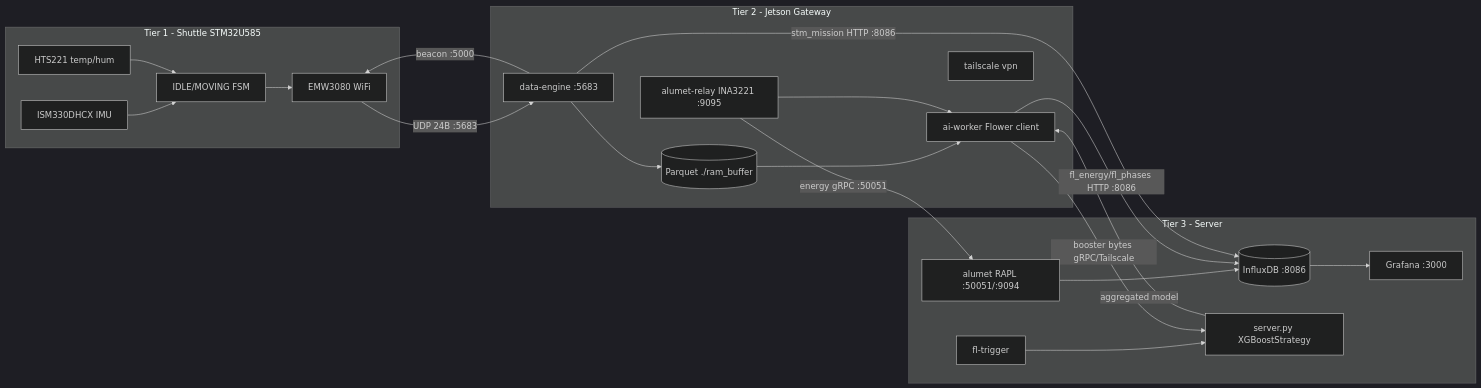
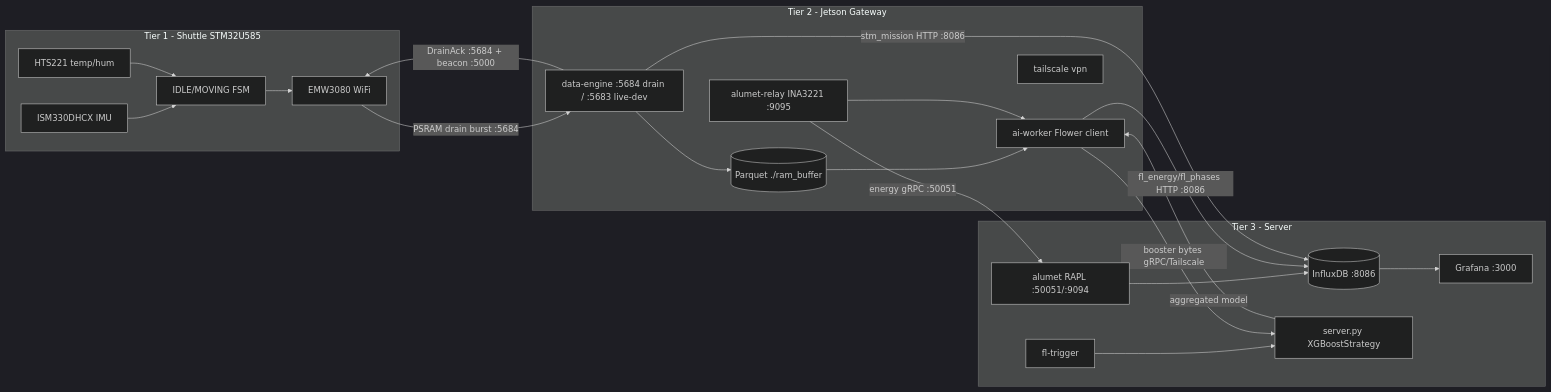
One commit to GentjanGjinalaj/PLUDOS changed the diagram in docs/SYSTEM_OVERVIEW.md. Above: the diagram before and after it, drawn with Mermaid (dark theme). The commit also changed other lines of this file and 17 other files, not shown here.

````diff
--- a/docs/SYSTEM_OVERVIEW.md
+++ b/docs/SYSTEM_OVERVIEW.md
@@ -84,42 +84,42 @@
 ```mermaid
 graph LR
   subgraph T1[Tier 1 - Shuttle STM32U585]
     IMU[ISM330DHCX IMU]
     ENV[HTS221 temp/hum]
     FSM[IDLE/MOVING FSM]
     WIFI[EMW3080 WiFi]
     IMU --> FSM
     ENV --> FSM
     FSM --> WIFI
   end
 
   subgraph T2[Tier 2 - Jetson Gateway]
-    DE[data-engine :5683]
+    DE[data-engine :5684 drain / :5683 live-dev]
     PARQ[(Parquet ./ram_buffer)]
     AIW[ai-worker Flower client]
     AR[alumet-relay INA3221 :9095]
     TS[tailscale vpn]
     DE --> PARQ
     PARQ --> AIW
     AR --> AIW
   end
 
   subgraph T3[Tier 3 - Server]
     INFLUX[(InfluxDB :8086)]
     GRAF[Grafana :3000]
     SALU[alumet RAPL :50051/:9094]
     FLT[fl-trigger]
     SRV[server.py XGBoostStrategy]
     INFLUX --> GRAF
     FLT --> SRV
     SALU --> INFLUX
   end
 
-  WIFI -- UDP 24B :5683 --> DE
-  DE -- beacon :5000 --> WIFI
+  WIFI -- PSRAM drain burst :5684 --> DE
+  DE -- DrainAck :5684 + beacon :5000 --> WIFI
   AIW -- fl_energy/fl_phases HTTP :8086 --> INFLUX
   DE -- stm_mission HTTP :8086 --> INFLUX
   AIW -- booster bytes gRPC/Tailscale --> SRV
   AR -- energy gRPC :50051 --> SALU
   SRV -- aggregated model --> AIW
 ```
````
